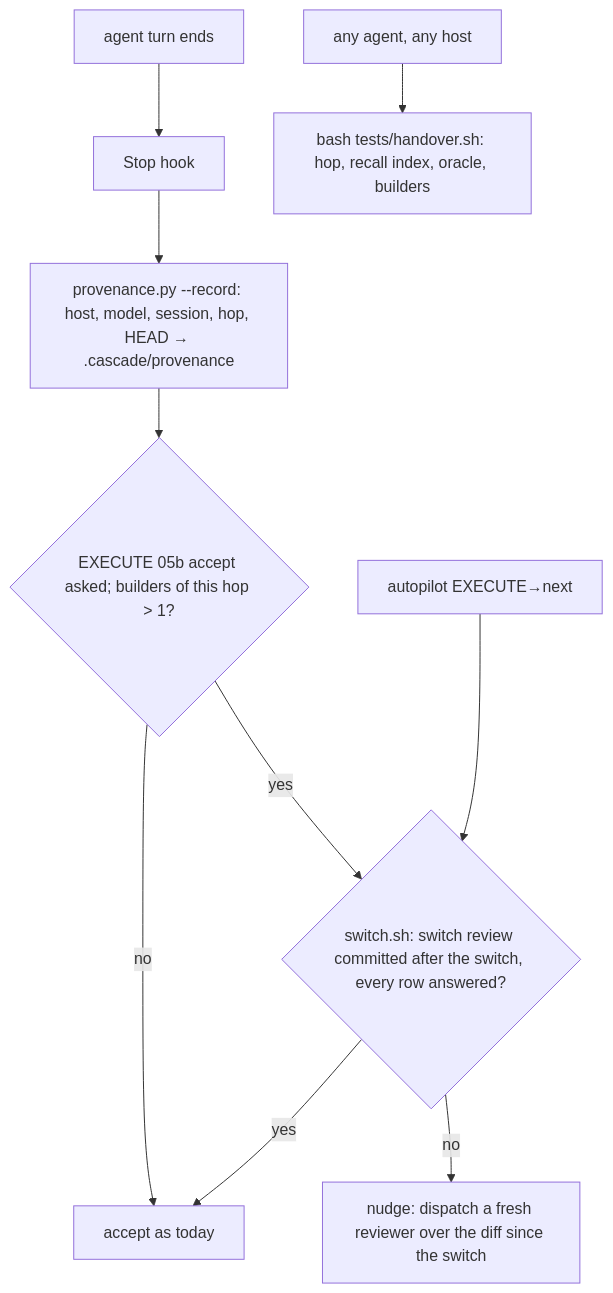
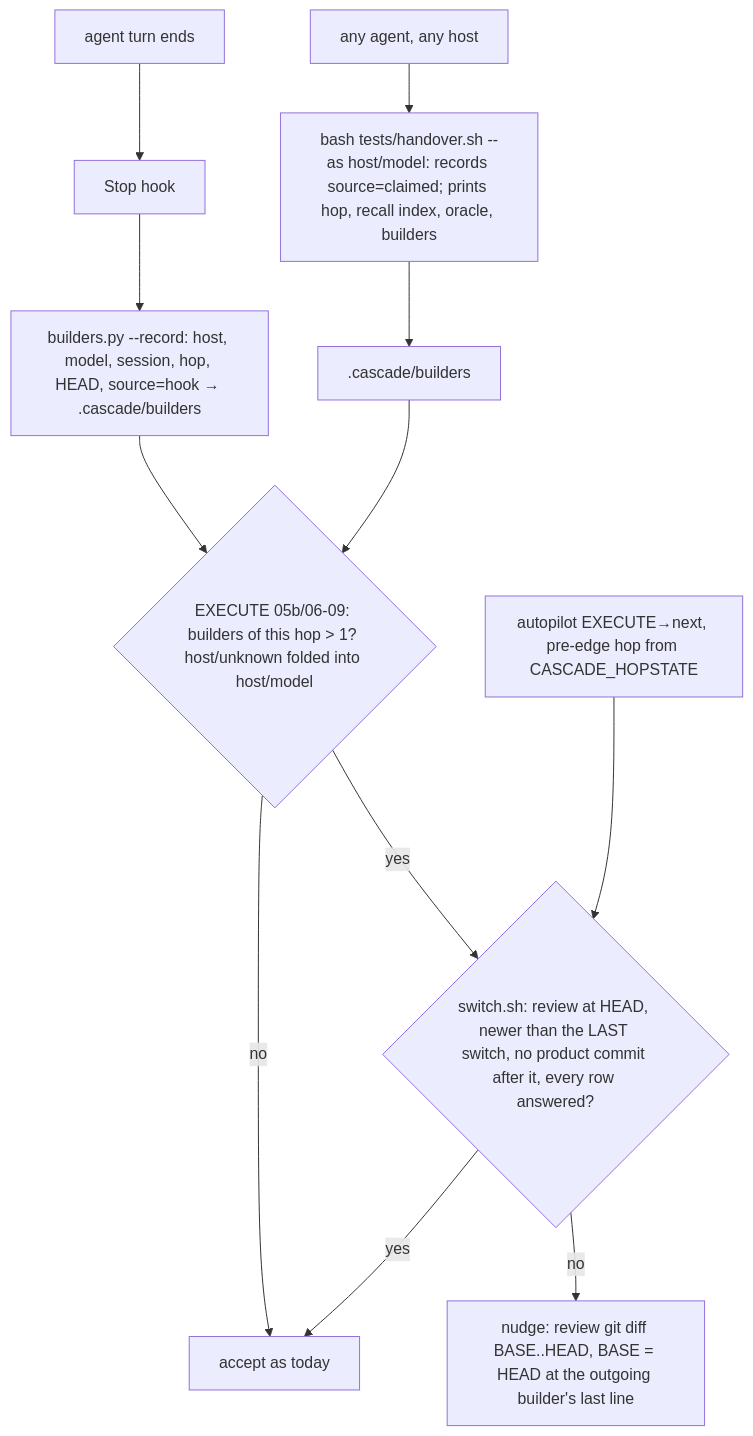
Before and after one commit to kadaluarsa/barbaric-driven-development: the second of 2 diagrams in docs/cascade/05b-t90-provenance-switch-audit.md, drawn with Mermaid. The commit also changed other lines of this file and 3 other files, not shown here.

````diff
--- a/docs/cascade/05b-t90-provenance-switch-audit.md
+++ b/docs/cascade/05b-t90-provenance-switch-audit.md
@@ -43,12 +45,14 @@
 ```mermaid
 flowchart TD
   T[agent turn ends] --> S[Stop hook]
-  S --> PR[provenance.py --record: host, model, session, hop, HEAD → .cascade/provenance]
-  PR --> B{EXECUTE 05b accept asked; builders of this hop > 1?}
+  S --> PR[builders.py --record: host, model, session, hop, HEAD, source=hook → .cascade/builders]
+  N[any agent, any host] --> H[bash tests/handover.sh --as host/model: records source=claimed; prints hop, recall index, oracle, builders]
+  H --> PR2[.cascade/builders]
+  PR --> B{EXECUTE 05b/06-09: builders of this hop > 1? host/unknown folded into host/model}
+  PR2 --> B
   B -->|no| A[accept as today]
-  B -->|yes| SW{switch.sh: switch review committed after the switch, every row answered?}
-  SW -->|no| NG[nudge: dispatch a fresh reviewer over the diff since the switch]
+  B -->|yes| SW{switch.sh: review at HEAD, newer than the LAST switch, no product commit after it, every row answered?}
+  SW -->|no| NG[nudge: review git diff BASE..HEAD, BASE = HEAD at the outgoing builder's last line]
   SW -->|yes| A
-  AP[autopilot EXECUTE→next] --> SW
-  N[any agent, any host] --> H[bash tests/handover.sh: hop, recall index, oracle, builders]
+  AP[autopilot EXECUTE→next, pre-edge hop from CASCADE_HOPSTATE] --> SW
 ```
````
